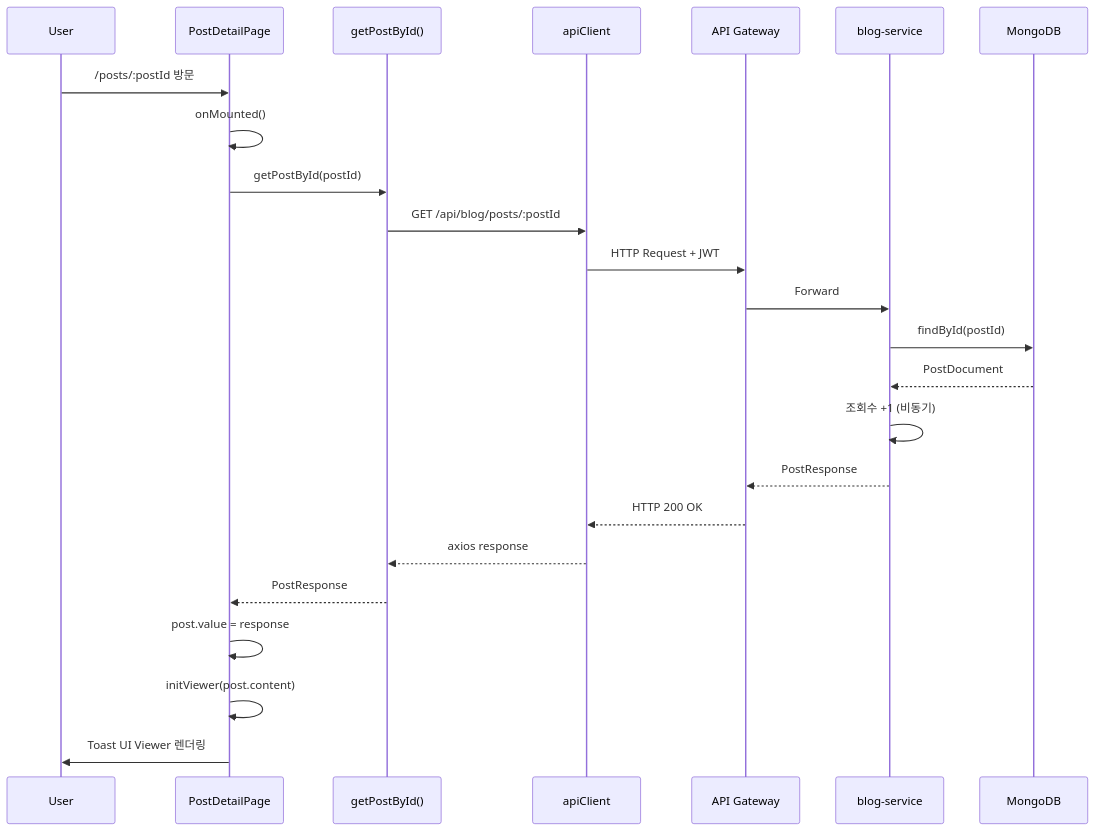
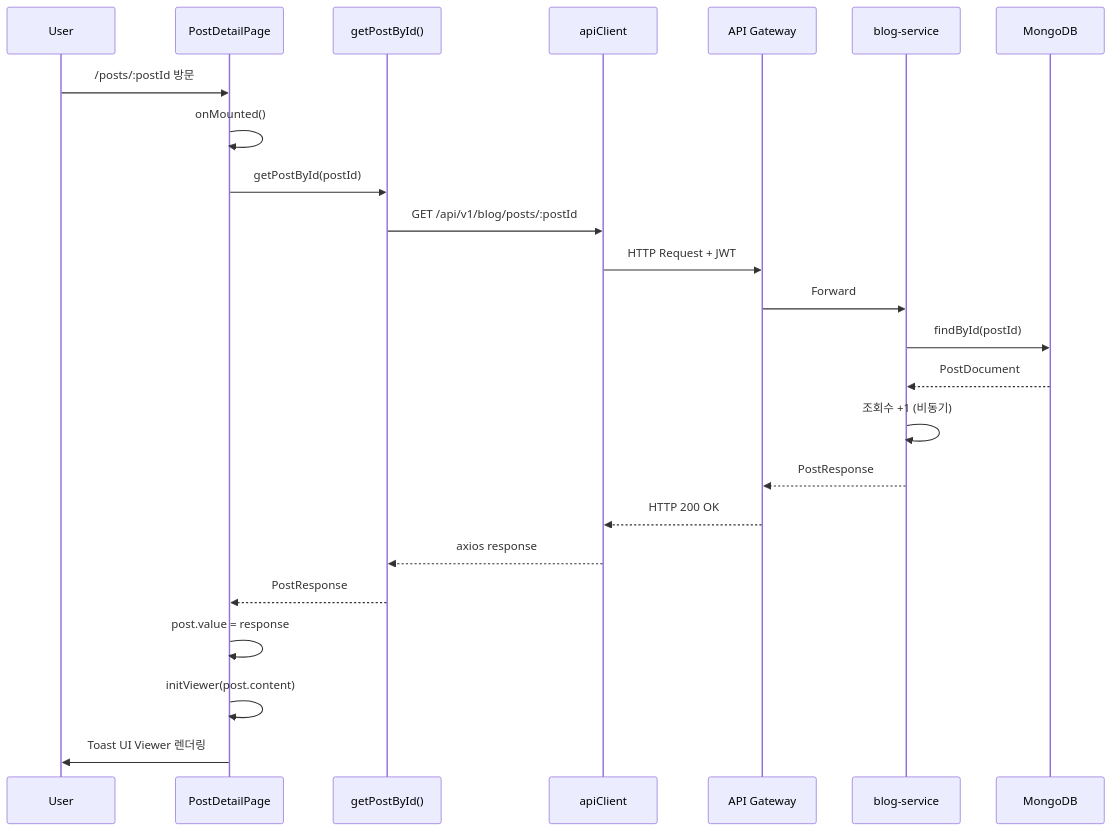
Before and after one commit to L-a-z-e/portal-universe: the third of 10 diagrams in frontend/blog-frontend/docs/architecture/data-flow.md, drawn with Mermaid. The commit also changed other lines of this file and 15 other files, not shown here.

````diff
--- a/frontend/blog-frontend/docs/architecture/data-flow.md
+++ b/frontend/blog-frontend/docs/architecture/data-flow.md
@@ -113,27 +113,27 @@
 ```mermaid
 sequenceDiagram
     participant U as User
     participant C as PostDetailPage
     participant A as getPostById()
     participant AC as apiClient
     participant G as API Gateway
     participant S as blog-service
     participant D as MongoDB
 
     U->>C: /posts/:postId 방문
     C->>C: onMounted()
     C->>A: getPostById(postId)
-    A->>AC: GET /api/blog/posts/:postId
+    A->>AC: GET /api/v1/blog/posts/:postId
     AC->>G: HTTP Request + JWT
     G->>S: Forward
     S->>D: findById(postId)
     D-->>S: PostDocument
     S->>S: 조회수 +1 (비동기)
     S-->>G: PostResponse
     G-->>AC: HTTP 200 OK
     AC-->>A: axios response
     A-->>C: PostResponse
     C->>C: post.value = response
     C->>C: initViewer(post.content)
     C->>U: Toast UI Viewer 렌더링
 ```
````
